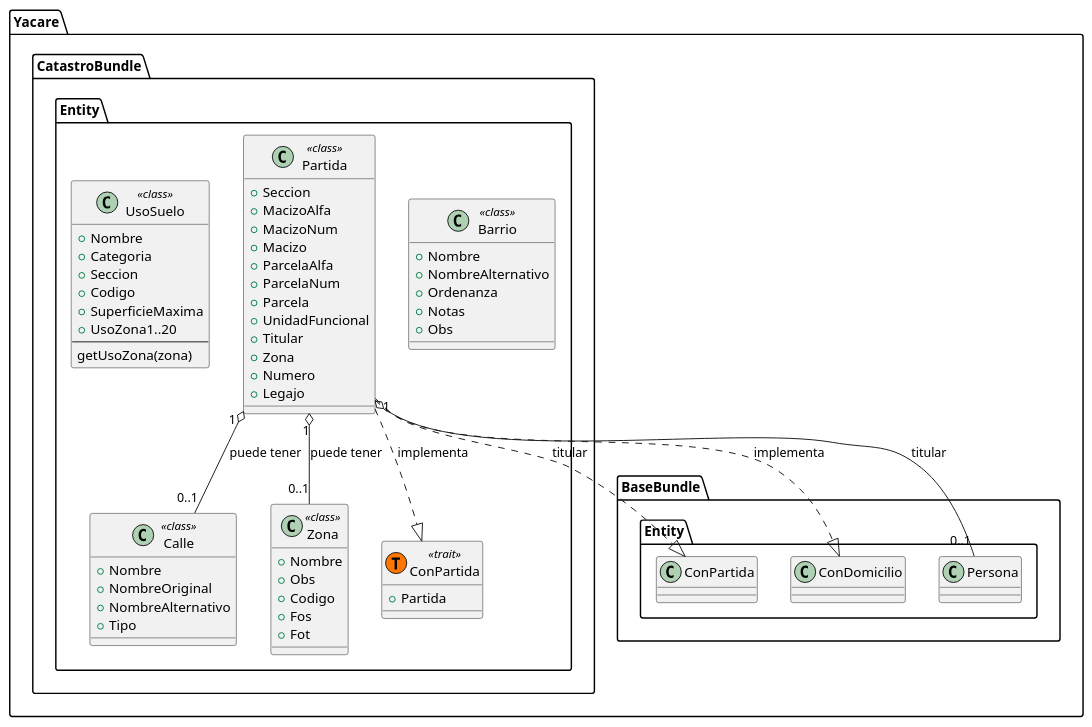
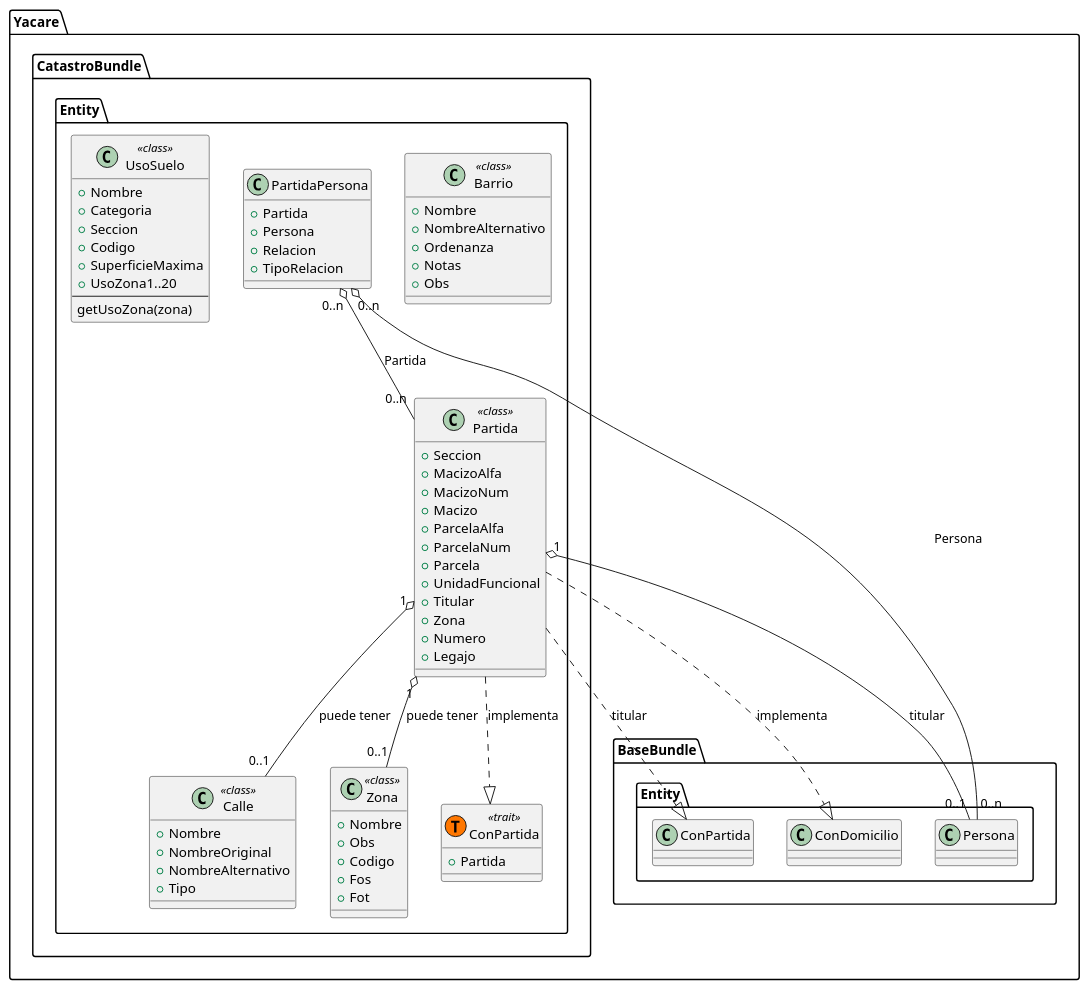
One commit to Drake86cnf/yacare changed the diagram in docs/Clases/Yacare/Catastro/DC_Entidades.pu. Above: the diagram before and after it, drawn with PlantUML. The commit also changed 2 other files, not shown here.

Commit message:
Las partidas ahora admiten más de una persona relacionada.

```diff
--- a/docs/Clases/Yacare/Catastro/DC_Entidades.pu
+++ b/docs/Clases/Yacare/Catastro/DC_Entidades.pu
@@ -1,65 +1,76 @@
 @startuml
 
 namespace Yacare.CatastroBundle.Entity  {
 	class Calle <<class>> {
 		+Nombre
 		+NombreOriginal
 		+NombreAlternativo
 		+Tipo
 	}
 
 	class Barrio <<class>> {
 		+Nombre
 		+NombreAlternativo
 		+Ordenanza
 		+Notas
 		+Obs
 	}
 	
 	class Partida <<class>> {
 		+Seccion
 		+MacizoAlfa
 		+MacizoNum
 		+Macizo
 		+ParcelaAlfa
 		+ParcelaNum
 		+Parcela
 		+UnidadFuncional
 		+Titular
 		+Zona
 		+Numero
 		+Legajo
 	}
 	
+	class PartidaPersona {
+		+Partida
+		+Persona
+		+Relacion
+		+TipoRelacion
+	}
+	
 	class UsoSuelo <<class>> {
 		+Nombre
 		+Categoria
 		+Seccion
 		+Codigo
 		+SuperficieMaxima
 		+UsoZona1..20
 		--
 		getUsoZona(zona)
 	}
 	
 	class Zona <<class>> {
 		+Nombre
 		+Obs
 		+Codigo
 		+Fos
 		+Fot
 	}
 	class ConPartida <<(T,#FF7700) trait>> {
 		+Partida
 		
 	}
-	Yacare.CatastroBundle.Entity.Partida ..|> Yacare.BaseBundle.Entity.ConPartida : titular
-	Yacare.CatastroBundle.Entity.Partida ..|> Yacare.BaseBundle.Entity.ConDomicilio : implementa
-	Yacare.CatastroBundle.Entity.Partida ..|> Yacare.CatastroBundle.Entity.ConPartida : implementa
-	Yacare.CatastroBundle.Entity.Partida "1" o-- "0..1" Yacare.BaseBundle.Entity.Persona : titular
-	Yacare.CatastroBundle.Entity.Partida "1" o-- "0..1" Calle : puede tener
-	Yacare.CatastroBundle.Entity.Partida "1" o-- "0..1" Zona : puede tener	
+
+	Partida ..|> Yacare.BaseBundle.Entity.ConPartida : titular
+	Partida ..|> Yacare.BaseBundle.Entity.ConDomicilio : implementa
+	Partida ..|> ConPartida : implementa
+	Partida "1" o-- "0..1" Yacare.BaseBundle.Entity.Persona : titular
+	Partida "1" o-- "0..1" Calle : puede tener
+	Partida "1" o-- "0..1" Zona : puede tener
+	
+	PartidaPersona "0..n" o-- "0..n" Yacare.BaseBundle.Entity.Persona : Persona
+	PartidaPersona "0..n" o-- "0..n" Partida : Partida	
 }
 
 
 @enduml
```
